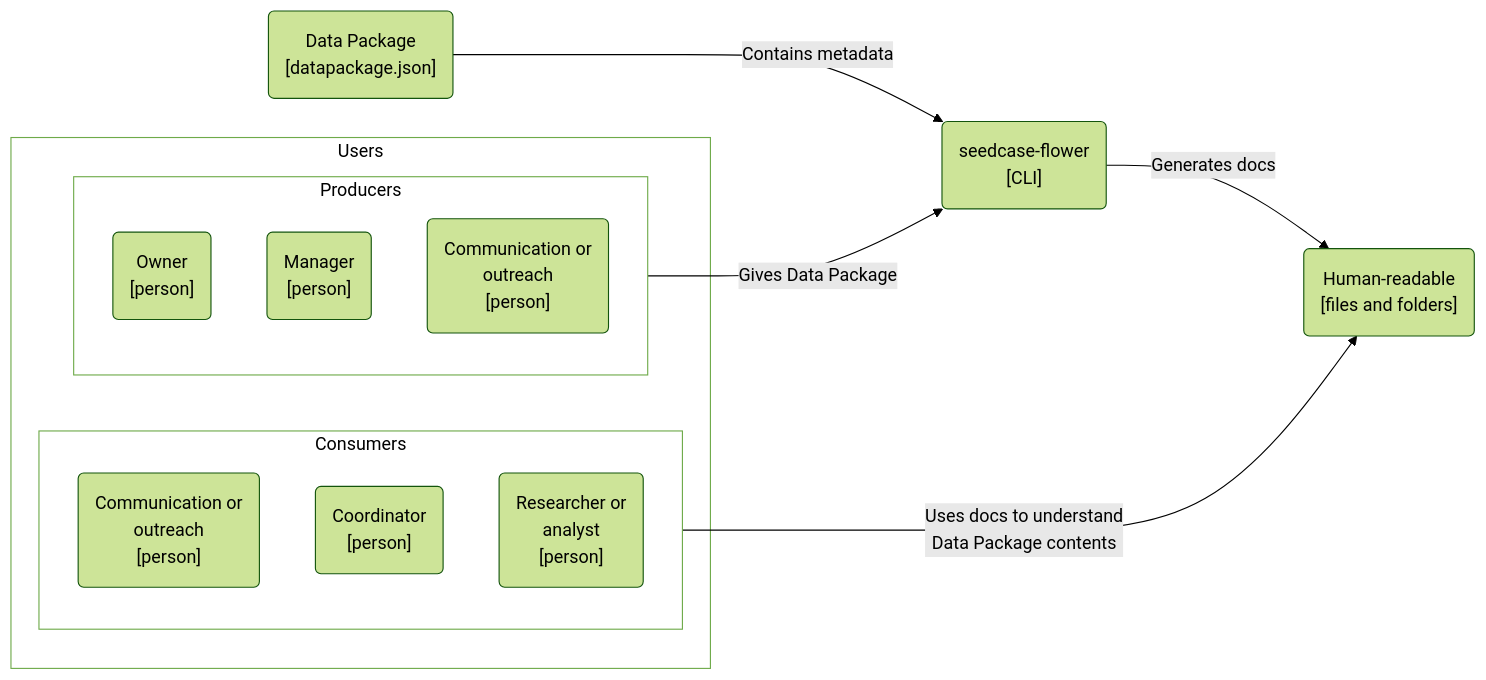
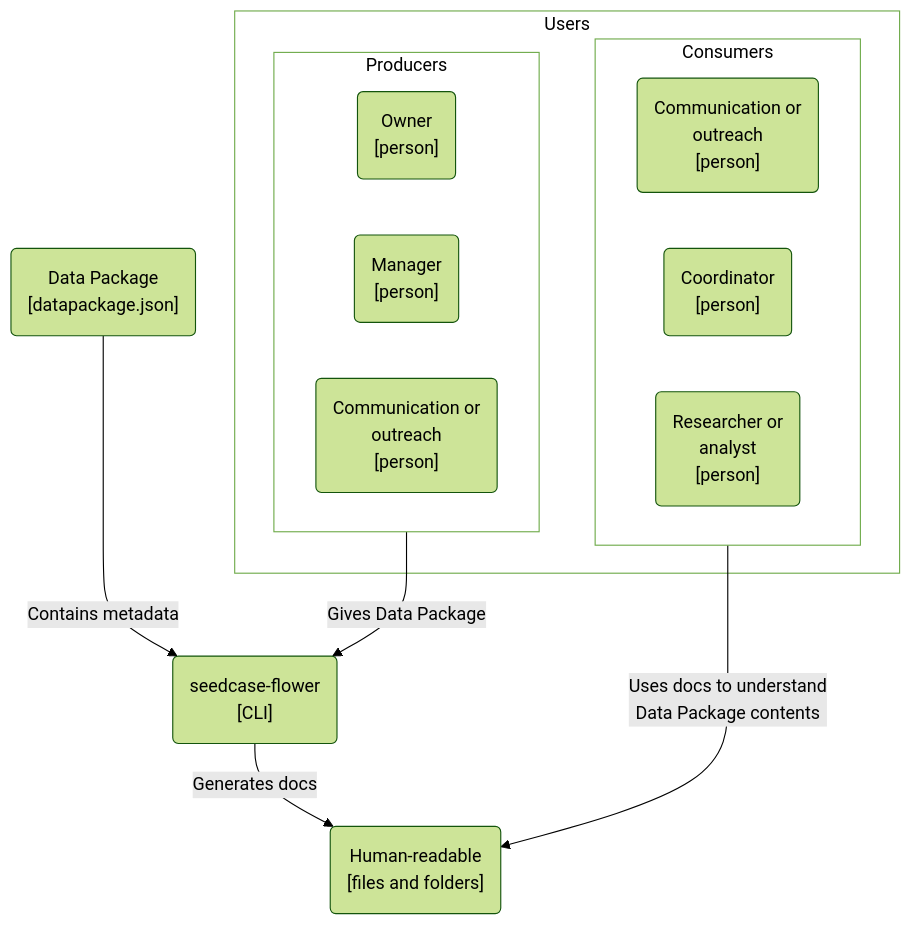
Before and after one commit to seedcase-project/seedcase-flower: the first of 3 diagrams in docs/design/architecture.qmd, drawn with Mermaid (forest theme).

Commit message:
docs: :memo: change system flowchart direction to be aligned with the others

````diff
--- a/docs/design/architecture.qmd
+++ b/docs/design/architecture.qmd
@@ -122,37 +122,37 @@
 ```{mermaid}
 %%| label: fig-c4-context
 %%| fig-cap: "C4 system context diagram showing the anticipated users and external systems Flower interacts with."
-flowchart LR
+flowchart
 
     subgraph Users
         Producers["Producer users"]
         Consumers["Consumer users"]
     end
 
     subgraph Producers
         user_owner("Owner<br>[person]")
         user_manager("Manager<br>[person]")
         user_communicator1("Communication or<br>outreach<br>[person]")
     end
 
     subgraph Consumers
         user_communicator2("Communication or<br>outreach<br>[person]")
         user_coordinator("Coordinator<br>[person]")
         user_researcher("Researcher or<br>analyst<br>[person]")
     end
 
     datapackage("Data Package<br>[datapackage.json]")
     flower("seedcase-flower<br>[CLI]")
 
     output("Human-readable<br>[files and folders]")
 
     datapackage --"Contains metadata"--> flower
     Producers --"Gives Data Package"--> flower
     flower --"Generates docs"--> output
     Consumers --"Uses docs to understand<br>Data Package contents"--> output
 
     %% Styling
     style Producers fill:#FFFFFF, color:#000000
     style Consumers fill:#FFFFFF, color:#000000
     style Users fill:#FFFFFF, color:#000000
 ```
````
